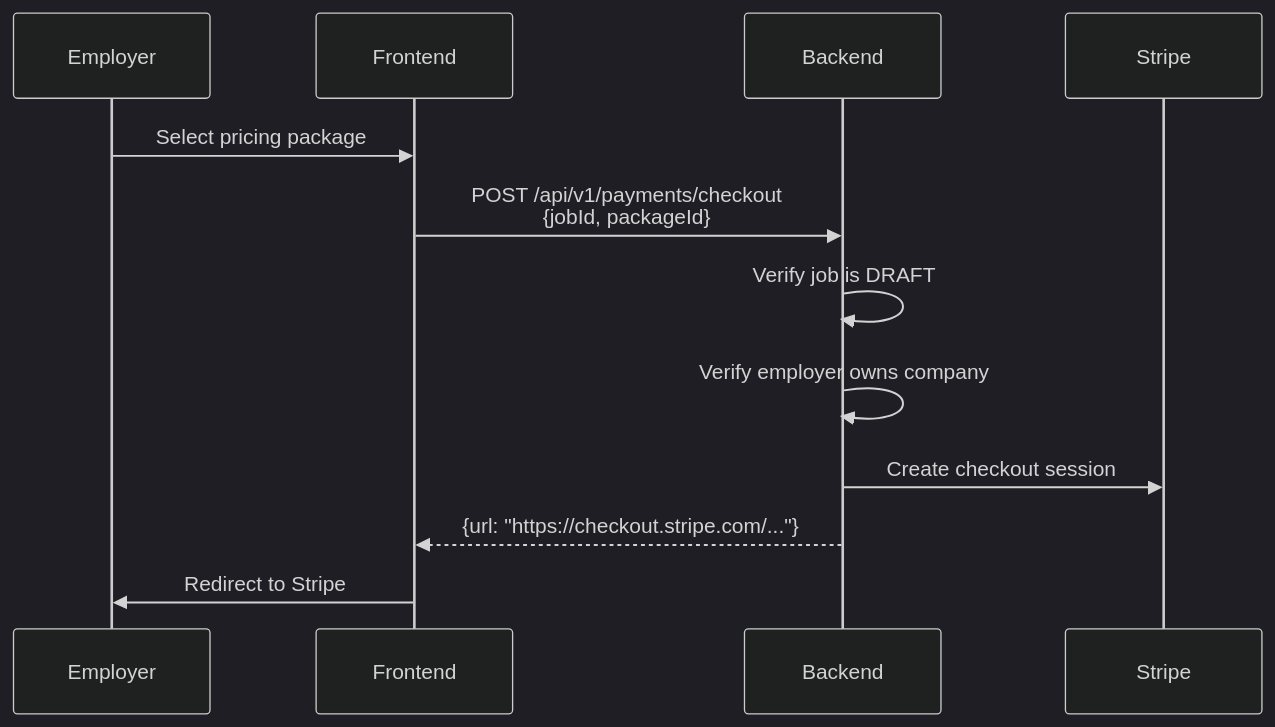
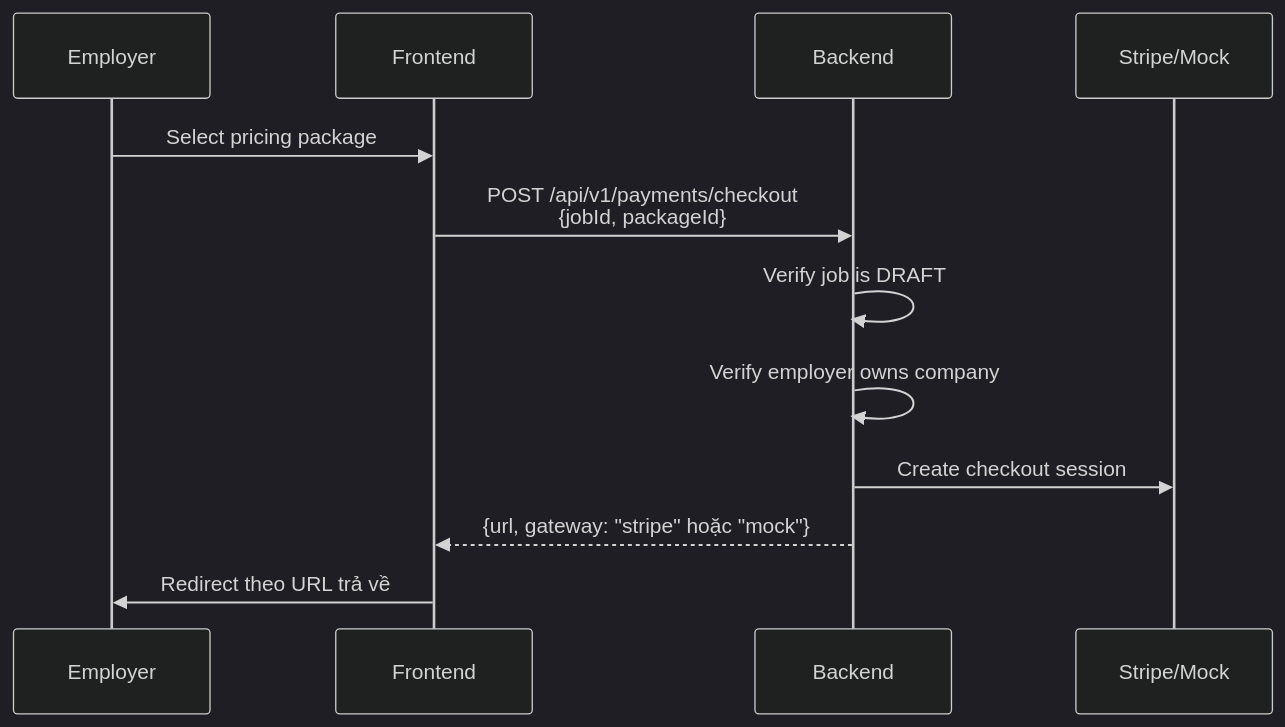
Diagram 16 of 28 in TEAM_FE_DOCUMENT.md (Hieuej147/job-PhuQuoc), drawn with Mermaid (dark theme) before and after one commit. The commit also changed other lines of this file and 89 other files, not shown here.

````diff
--- a/TEAM_FE_DOCUMENT.md
+++ b/TEAM_FE_DOCUMENT.md
@@ -654,15 +655,15 @@
 ```mermaid
 sequenceDiagram
     participant E as Employer
     participant FE as Frontend
     participant BE as Backend
-    participant Stripe as Stripe
+    participant Gateway as Stripe/Mock
 
     E->>FE: Select pricing package
     FE->>BE: POST /api/v1/payments/checkout<br/>{jobId, packageId}
     BE->>BE: Verify job is DRAFT
     BE->>BE: Verify employer owns company
-    BE->>Stripe: Create checkout session
-    BE-->>FE: {url: "https://checkout.stripe.com/..."}
-    FE->>E: Redirect to Stripe
+    BE->>Gateway: Create checkout session
+    BE-->>FE: {url, gateway: "stripe" hoặc "mock"}
+    FE->>E: Redirect theo URL trả về
 ```
````
